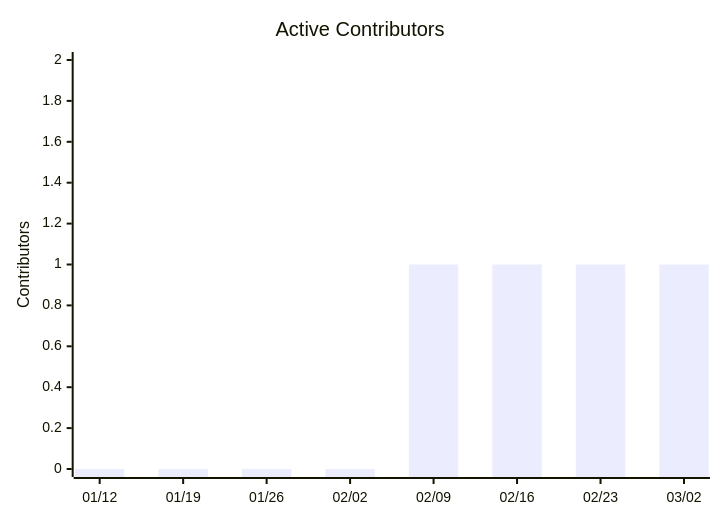
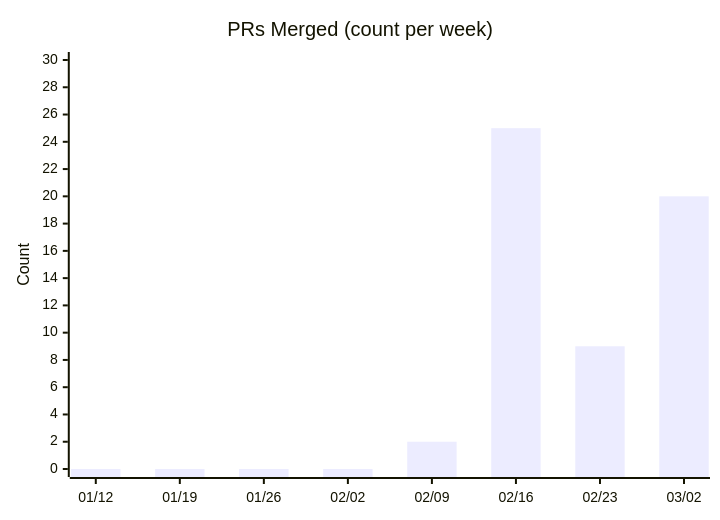
Before and after one commit to nablarch/nabledge-dev: the ninth of 14 diagrams in docs/metrics.md, drawn with Mermaid. The commit also changed other lines of this file and 4 other files, not shown here.

First line of the commit message:
feat: overhaul metrics output with charts, fix SLOC to v6 only, add label guidelines

````diff
--- a/docs/metrics.md
+++ b/docs/metrics.md
@@ -82,7 +89,7 @@
 ```mermaid
 xychart-beta
-  title "Active Contributors"
+  title "PRs Merged (count per week)"
   x-axis ["01/12", "01/19", "01/26", "02/02", "02/09", "02/16", "02/23", "03/02"]
-  y-axis "Contributors" 0 --> 2
-  bar [0, 0, 0, 0, 1, 1, 1, 1]
+  y-axis "Count" 0 --> 30
+  bar [0, 0, 0, 0, 2, 25, 9, 20]
 ```
````
